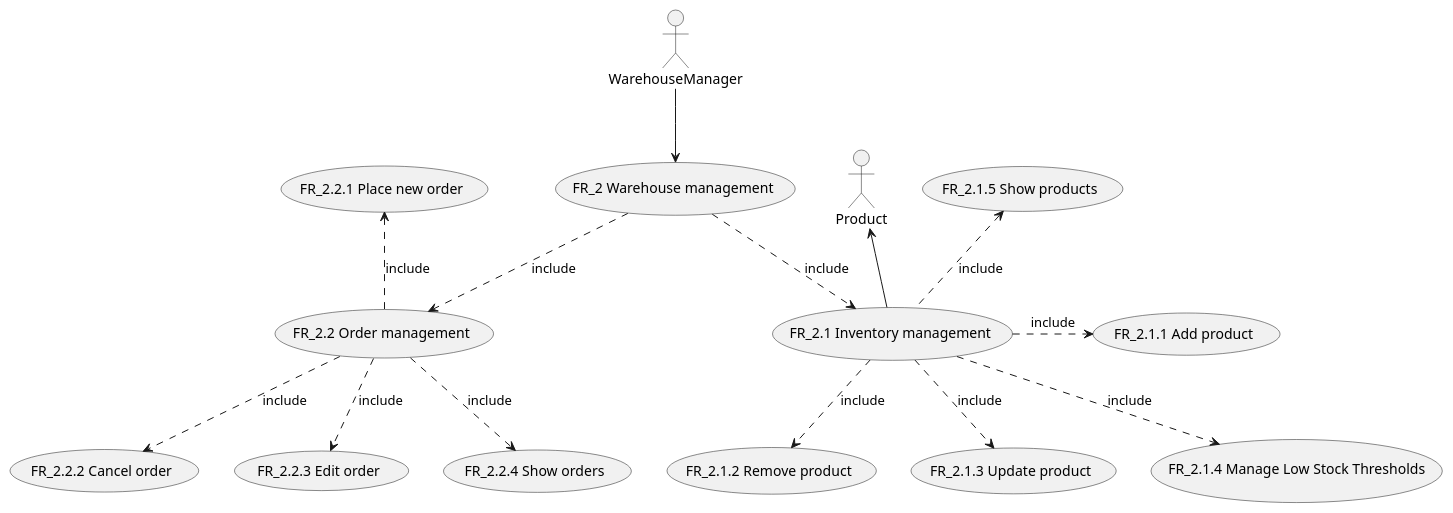
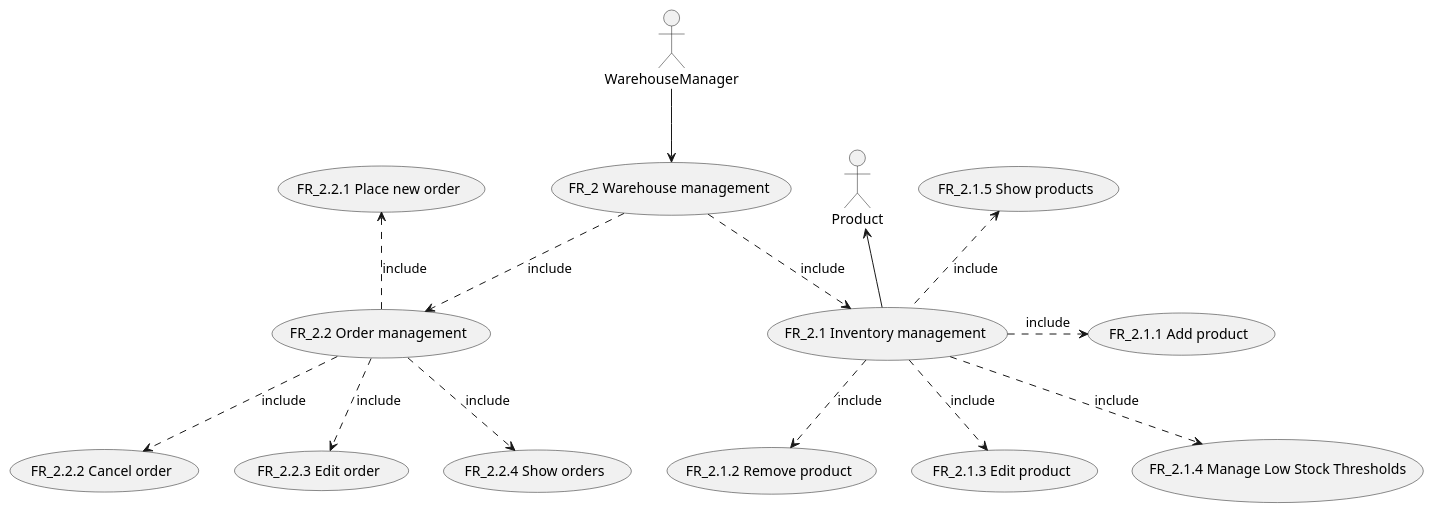
Before and after one commit to Stormz4/group20-EzShop: the fourth of 11 diagrams in Deliverables/RequirementsDocument.md, drawn with PlantUML. The commit also changed other lines of this file and 2 other files, not shown here.

````diff
--- a/Deliverables/RequirementsDocument.md
+++ b/Deliverables/RequirementsDocument.md
@@ -273,17 +273,17 @@
 ```plantuml
 @startuml
 :WarehouseManager:     --> (FR_2 Warehouse management)
 (FR_2 Warehouse management) ..> (FR_2.1 Inventory management) : include
 (FR_2 Warehouse management) ..> (FR_2.2 Order management) : include
 (FR_2.1.1 Add product) <.left. (FR_2.1 Inventory management) : include
 (FR_2.1 Inventory management) ..> (FR_2.1.2 Remove product) : include
-(FR_2.1 Inventory management) ..> (FR_2.1.3 Update product) : include
+(FR_2.1 Inventory management) ..> (FR_2.1.3 Edit product) : include
  :Product: <--(FR_2.1 Inventory management) 
 (FR_2.1 Inventory management) .up.> (FR_2.1.5 Show products) : include
 (FR_2.1.4 Manage Low Stock Thresholds) <.up. (FR_2.1 Inventory management) : include
  (FR_2.2.1 Place new order) <.. (FR_2.2 Order management)      : include
 (FR_2.2 Order management)     ..> (FR_2.2.2 Cancel order) : include
 (FR_2.2 Order management)     ..> (FR_2.2.3 Edit order) : include
 (FR_2.2 Order management)     ..> (FR_2.2.4 Show orders) : include
 @enduml
 ```
````
